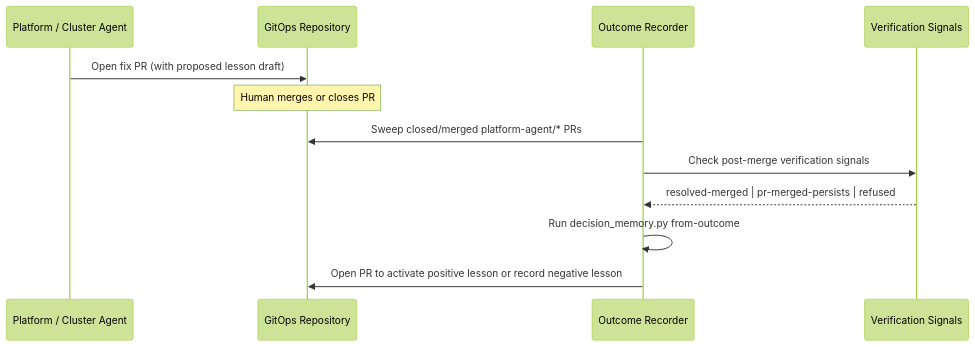
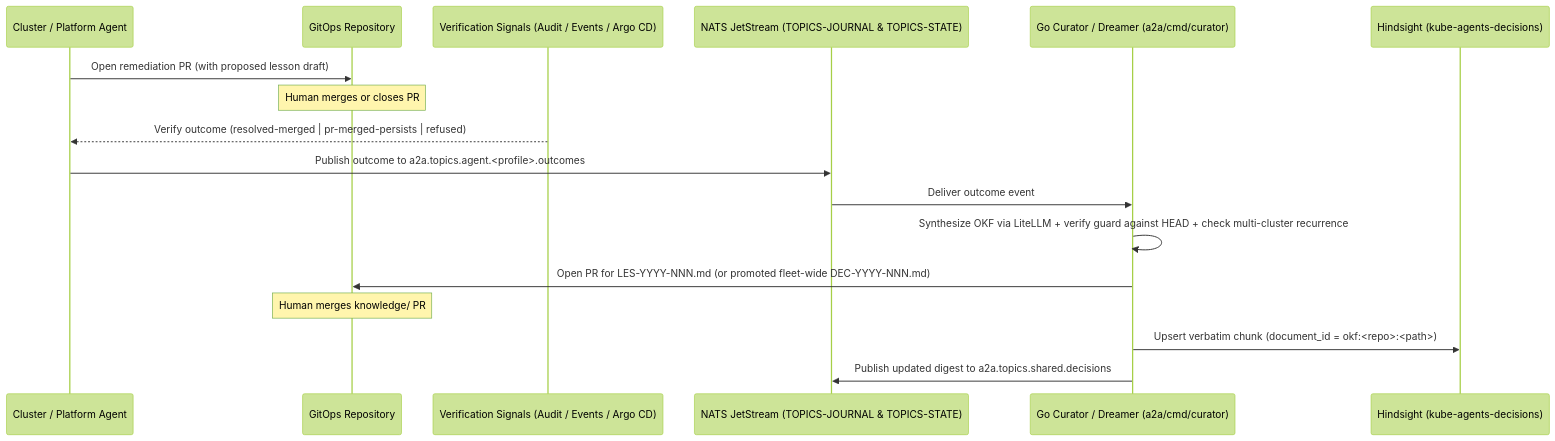
The third of 3 diagrams in docs/designs/memory.md (dshnayder/kube-agents), drawn with Mermaid (forest theme) before and after one commit. The commit also changed other lines of this file, not shown here.

Commit message:
docs(memory): detail Go Curator/Dreamer on NATS and 3 end-to-end learning scenarios

````diff
--- a/docs/designs/memory.md
+++ b/docs/designs/memory.md
@@ -476,14 +484,20 @@
 ```mermaid
 sequenceDiagram
-  participant A as Platform / Cluster Agent
+  participant A as Cluster / Platform Agent
   participant G as GitOps Repository
-  participant OR as Outcome Recorder
-  participant V as Verification Signals
-  A->>G: Open fix PR (with proposed lesson draft)
+  participant V as Verification Signals (Audit / Events / Argo CD)
+  participant N as NATS JetStream (TOPICS-JOURNAL & TOPICS-STATE)
+  participant C as Go Curator / Dreamer (a2a/cmd/curator)
+  participant H as Hindsight (kube-agents-decisions)
+
+  A->>G: Open remediation PR (with proposed lesson draft)
   Note over G: Human merges or closes PR
-  OR->>G: Sweep closed/merged platform-agent/* PRs
-  OR->>V: Check post-merge verification signals
-  V-->>OR: resolved-merged | pr-merged-persists | refused
-  OR->>OR: Run decision_memory.py from-outcome
-  OR->>G: Open PR to activate positive lesson or record negative lesson
+  V-->>A: Verify outcome (resolved-merged | pr-merged-persists | refused)
+  A->>N: Publish outcome to a2a.topics.agent.<profile>.outcomes
+  N->>C: Deliver outcome event
+  C->>C: Synthesize OKF via LiteLLM + verify guard against HEAD + check multi-cluster recurrence
+  C->>G: Open PR for LES-YYYY-NNN.md (or promoted fleet-wide DEC-YYYY-NNN.md)
+  Note over G: Human merges knowledge/ PR
+  C->>H: Upsert verbatim chunk (document_id = okf:<repo>:<path>)
+  C->>N: Publish updated digest to a2a.topics.shared.decisions
 ```
````
